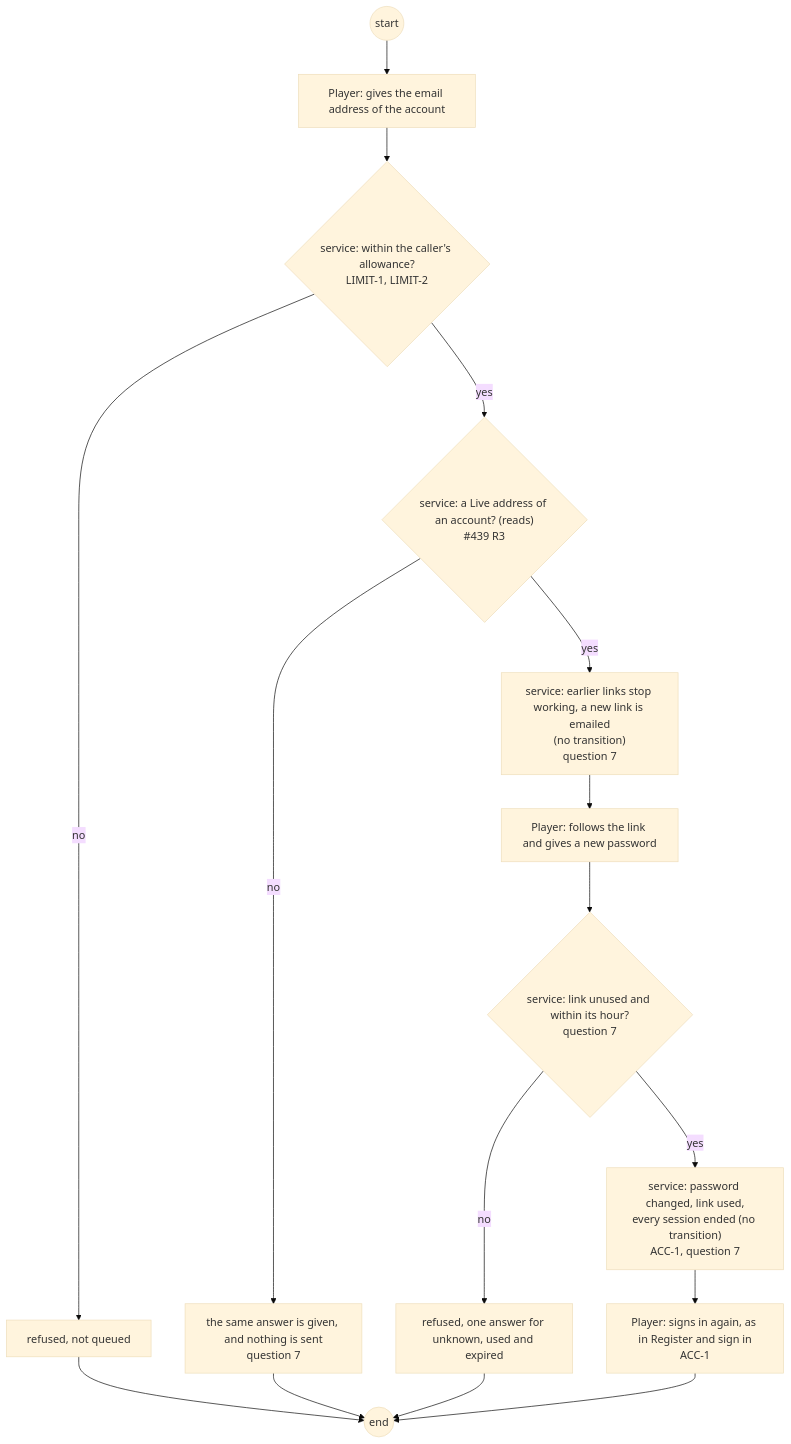
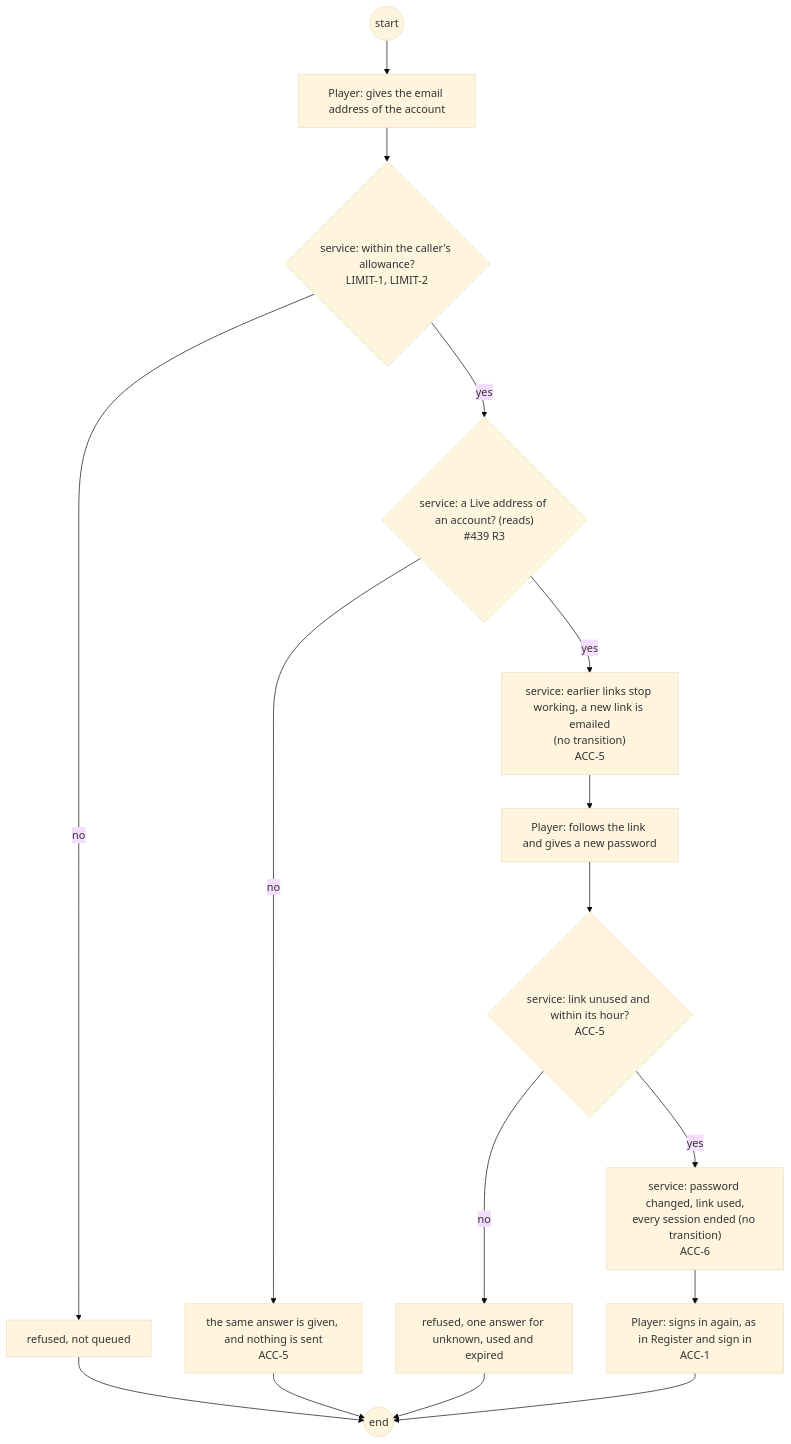
Before and after one commit to delphside/programme: the ninth of 21 diagrams in docs/changes/workstreams/application-game-architecture/71-one-game-model/71-functional.md, drawn with Mermaid (base theme). The commit also changed other lines of this file, not shown here.

First line of the commit message:
app 0.9.2 api 2.16: ACC-4 to ACC-6: sign-in and reset reveal nothing, a password change ends every session

````diff
--- a/docs/changes/workstreams/application-game-architecture/71-one-game-model/71-functional.md
+++ b/docs/changes/workstreams/application-game-architecture/71-one-game-model/71-functional.md
@@ -211,18 +226,18 @@
 ```mermaid
 flowchart TD
   s0((start)) --> p1["Player: gives the email address of the account"]
   p1 --> v1{"service: within the caller's allowance?<br/>LIMIT-1, LIMIT-2"}
   v1 -- no --> r1["refused, not queued"]
   v1 -- yes --> v2{"service: a Live address of an account? (reads)<br/>#439 R3"}
-  v2 -- no --> a1["the same answer is given, and nothing is sent<br/>question 7"]
-  v2 -- yes --> t1["service: earlier links stop working, a new link is emailed<br/>(no transition)<br/>question 7"]
+  v2 -- no --> a1["the same answer is given, and nothing is sent<br/>ACC-5"]
+  v2 -- yes --> t1["service: earlier links stop working, a new link is emailed<br/>(no transition)<br/>ACC-5"]
   a1 --> e0((end))
   t1 --> p2["Player: follows the link and gives a new password"]
-  p2 --> v3{"service: link unused and within its hour?<br/>question 7"}
+  p2 --> v3{"service: link unused and within its hour?<br/>ACC-5"}
   v3 -- no --> r2["refused, one answer for unknown, used and expired"]
-  v3 -- yes --> t2["service: password changed, link used,<br/>every session ended (no transition)<br/>ACC-1, question 7"]
+  v3 -- yes --> t2["service: password changed, link used,<br/>every session ended (no transition)<br/>ACC-6"]
   t2 --> p3["Player: signs in again, as in Register and sign in<br/>ACC-1"]
   r1 --> e0
   r2 --> e0
   p3 --> e0
 ```
````
